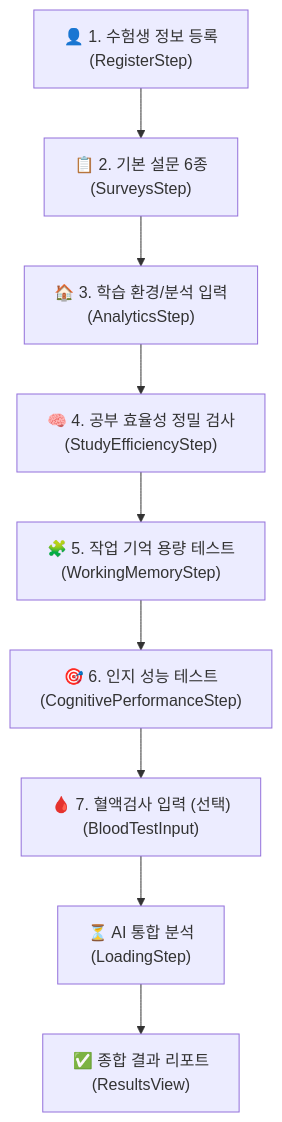
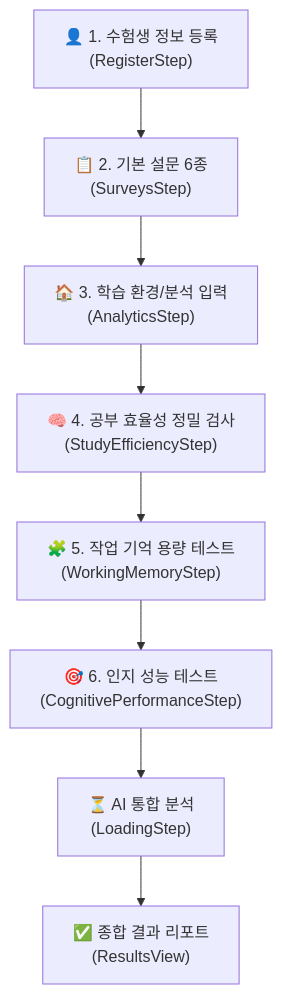
The second of 2 diagrams in APP_GUIDE.md (limsd7/NBASS), drawn with Mermaid before and after one commit. The commit also changed other lines of this file and 381 other files, not shown here.

````diff
--- a/APP_GUIDE.md
+++ b/APP_GUIDE.md
@@ -103,11 +103,10 @@
 ```mermaid
 flowchart TD
     A["👤 1. 수험생 정보 등록<br/>(RegisterStep)"] --> B["📋 2. 기본 설문 6종<br/>(SurveysStep)"]
     B --> C["🏠 3. 학습 환경/분석 입력<br/>(AnalyticsStep)"]
     C --> D["🧠 4. 공부 효율성 정밀 검사<br/>(StudyEfficiencyStep)"]
     D --> E["🧩 5. 작업 기억 용량 테스트<br/>(WorkingMemoryStep)"]
     E --> F["🎯 6. 인지 성능 테스트<br/>(CognitivePerformanceStep)"]
-    F --> G["🩸 7. 혈액검사 입력 (선택)<br/>(BloodTestInput)"]
-    G --> H["⏳ AI 통합 분석<br/>(LoadingStep)"]
+    F --> H["⏳ AI 통합 분석<br/>(LoadingStep)"]
     H --> I["✅ 종합 결과 리포트<br/>(ResultsView)"]
 ```
````
